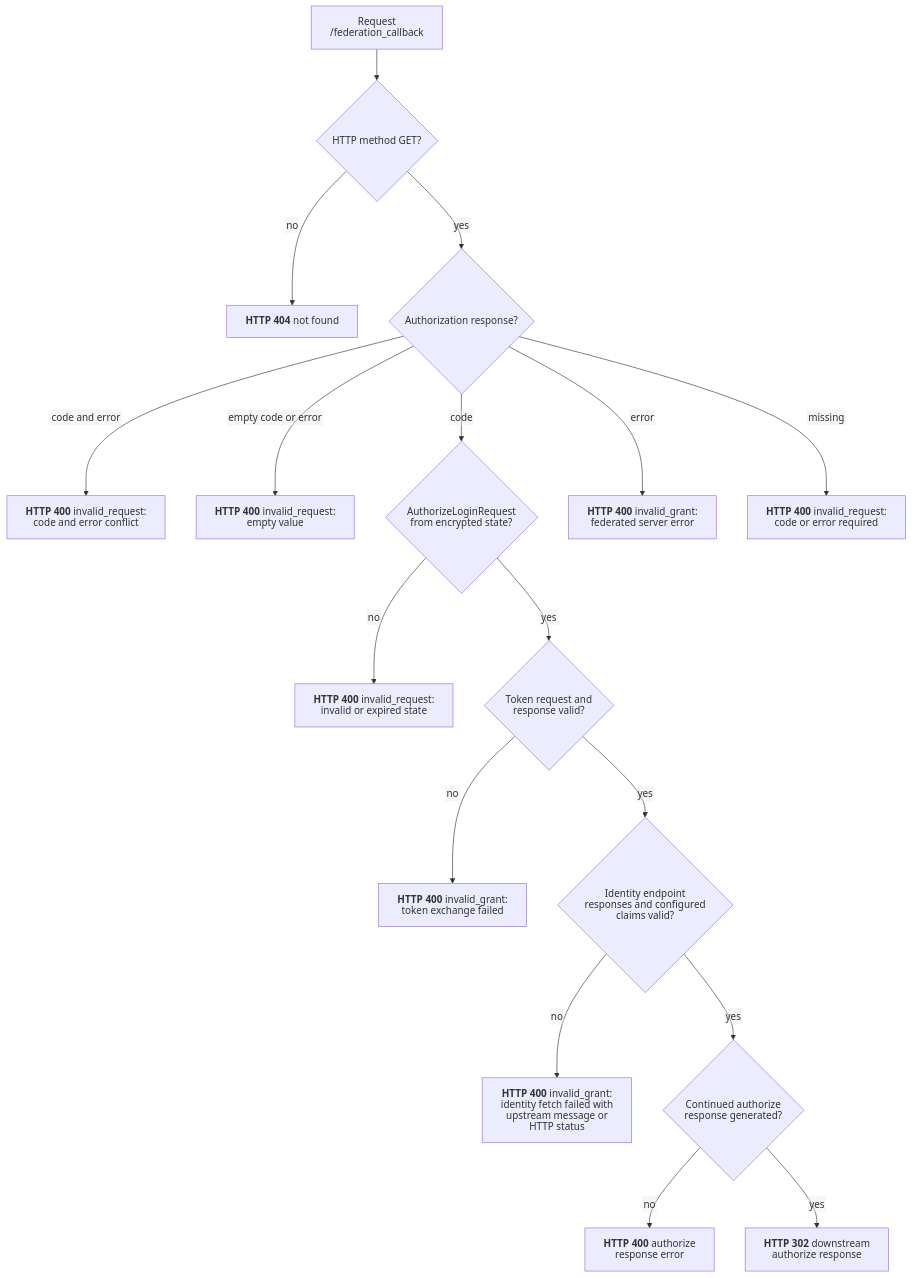
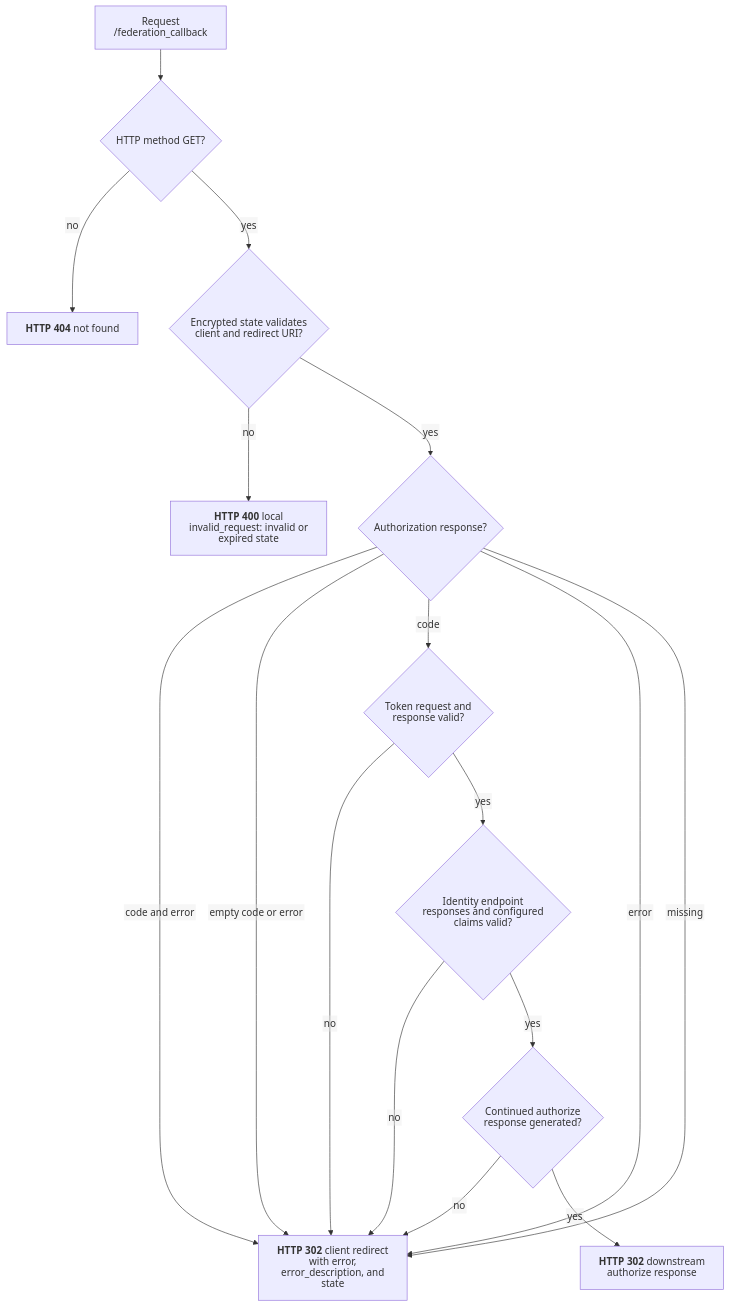
One commit to malach-it/kagome changed the diagram in docs/flows/oauth/federation_callback.mmd. Above: the diagram before and after it, drawn with Mermaid. The commit also changed 8 other files, not shown here.

```diff
--- a/docs/flows/oauth/federation_callback.mmd
+++ b/docs/flows/oauth/federation_callback.mmd
@@ -1,18 +1,18 @@
 %%{init: {"htmlLabels": false, "flowchart": {"htmlLabels": false}}}%%
 flowchart TD
     start[Request /federation_callback] --> method{HTTP method GET?}
     method -- no --> not_found["`**HTTP 404** not found`"]
-    method -- yes --> response{Authorization response?}
-    response -- code and error --> conflicting["`**HTTP 400** invalid_request: code and error conflict`"]
-    response -- empty code or error --> empty["`**HTTP 400** invalid_request: empty value`"]
-    response -- code --> state{AuthorizeLoginRequest from encrypted state?}
-    state -- no --> invalid_state["`**HTTP 400** invalid_request: invalid or expired state`"]
-    state -- yes --> token{Token request and response valid?}
-    token -- no --> token_error["`**HTTP 400** invalid_grant: token exchange failed`"]
+    method -- yes --> state{Encrypted state validates client and redirect URI?}
+    state -- no --> invalid_state["`**HTTP 400** local invalid_request: invalid or expired state`"]
+    state -- yes --> response{Authorization response?}
+    response -- code and error --> redirect_error["`**HTTP 302** client redirect with error, error_description, and state`"]
+    response -- empty code or error --> redirect_error
+    response -- code --> token{Token request and response valid?}
+    token -- no --> redirect_error
     token -- yes --> identity{Identity endpoint responses and configured claims valid?}
-    identity -- no --> identity_error["`**HTTP 400** invalid_grant: identity fetch failed with upstream message or HTTP status`"]
+    identity -- no --> redirect_error
     identity -- yes --> authorize{Continued authorize response generated?}
-    authorize -- no --> authorize_error["`**HTTP 400** authorize response error`"]
+    authorize -- no --> redirect_error
     authorize -- yes --> accepted["`**HTTP 302** downstream authorize response`"]
-    response -- error --> upstream_error["`**HTTP 400** invalid_grant: federated server error`"]
-    response -- missing --> missing["`**HTTP 400** invalid_request: code or error required`"]
+    response -- error --> redirect_error
+    response -- missing --> redirect_error
```
